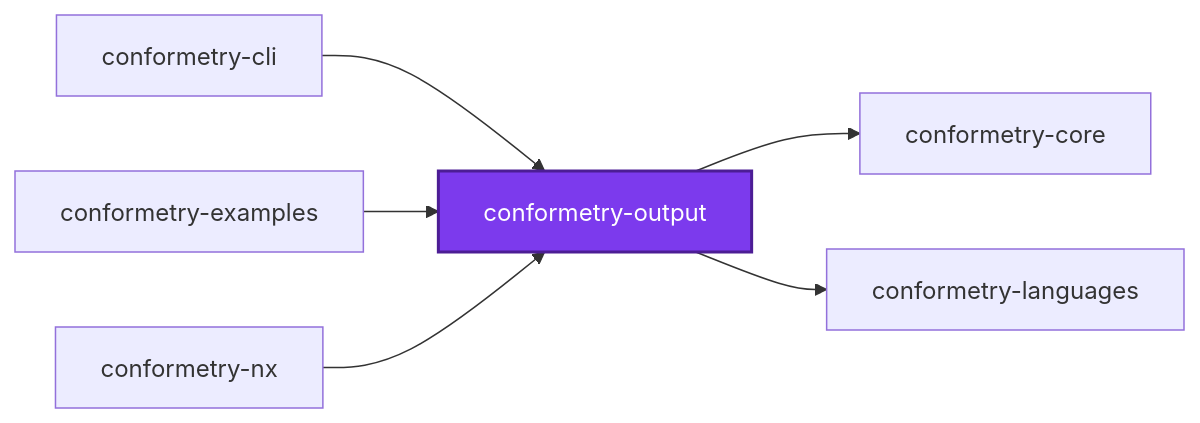
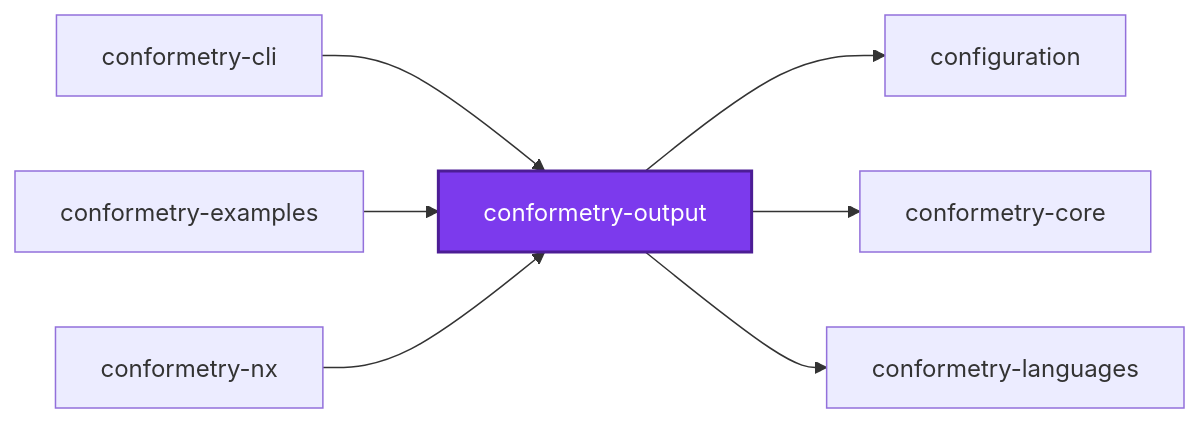
The first of 3 diagrams in projects/ic-suite/conformetry/conformetry-output/README.md (organizzolini/codebase), drawn with Mermaid before and after one commit. The commit also changed 68 other files, not shown here.

````diff
--- a/projects/ic-suite/conformetry/conformetry-output/README.md
+++ b/projects/ic-suite/conformetry/conformetry-output/README.md
@@ -67,16 +67,18 @@
 ```mermaid
 graph LR
+  configuration["configuration"]
   conformetry_cli["conformetry-cli"]
   conformetry_core["conformetry-core"]
   conformetry_examples["conformetry-examples"]
   conformetry_languages["conformetry-languages"]
   conformetry_nx["conformetry-nx"]
   conformetry_output["conformetry-output"]
   conformetry_cli --> conformetry_output
   conformetry_examples --> conformetry_output
   conformetry_nx --> conformetry_output
+  conformetry_output --> configuration
   conformetry_output --> conformetry_core
   conformetry_output --> conformetry_languages
   classDef subject fill:#7c3aed,color:#fff,stroke:#4c1d95,stroke-width:2px
   class conformetry_output subject
 ```
````
